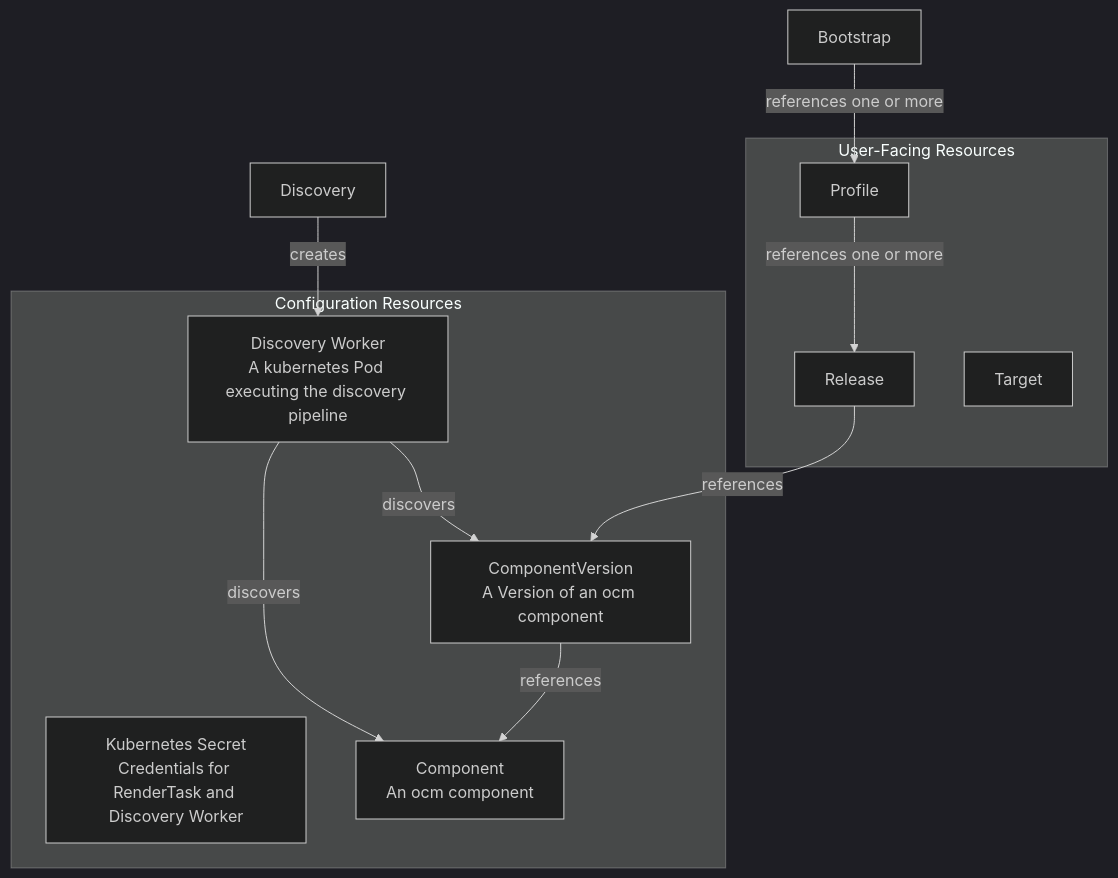
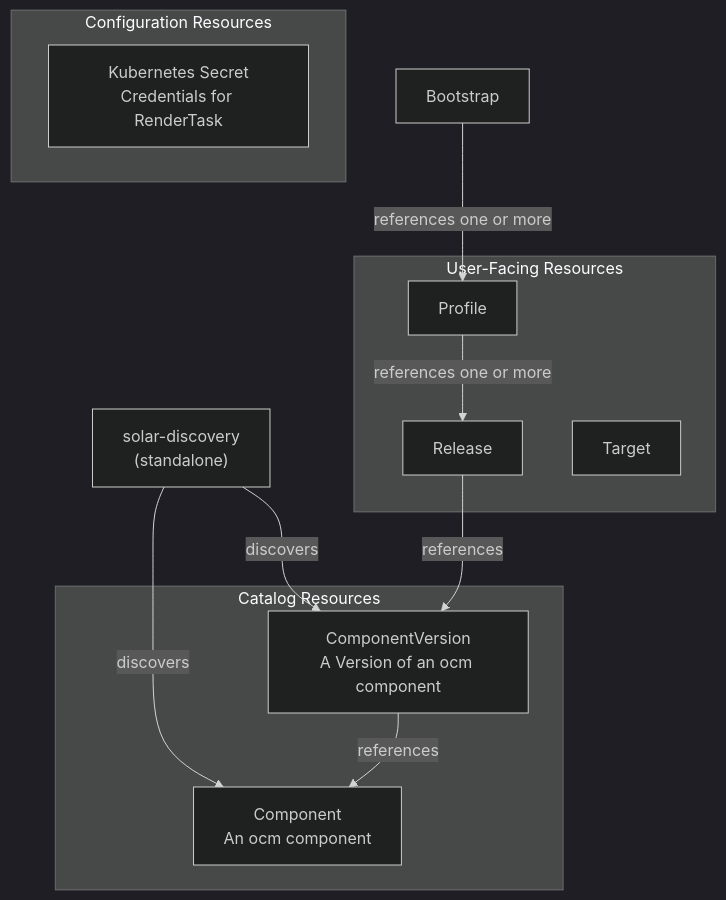
Before and after one commit to opendefensecloud/solution-arsenal: the second of 2 diagrams in docs/developer-guide/architecture.md, drawn with Mermaid (dark theme). The commit also changed other lines of this file and 68 other files, not shown here.

Commit message:
feat: refactor solar-discovery into standalone service

````diff
--- a/docs/developer-guide/architecture.md
+++ b/docs/developer-guide/architecture.md
@@ -58,28 +61,28 @@
 ```mermaid
 graph TB
     subgraph "User-Facing Resources"
         Release["Release"]
         Profile["Profile"]
         Target["Target"]
     end
 
-    subgraph "Configuration Resources"
-        Secret["Kubernetes Secret<br/>Credentials for RenderTask and Discovery Worker"]
+    subgraph "Catalog Resources"
         Component["Component<br/>An ocm component"]
         ComponentVersion["ComponentVersion<br/>A Version of an ocm component"]
-        DiscoveryWorker["Discovery Worker<br/>A kubernetes Pod executing the discovery pipeline"]
     end
 
-    Discovery --> |"creates"| DiscoveryWorker
+    subgraph "Configuration Resources"
+        Secret["Kubernetes Secret<br/>Credentials for RenderTask"]
+    end
 
-    DiscoveryWorker --> |"discovers"| ComponentVersion
-    DiscoveryWorker --> |"discovers"| Component
+    SolArDiscovery["solar-discovery<br/>(standalone)"] --> |"discovers"| ComponentVersion
+    SolArDiscovery --> |"discovers"| Component
 
     ComponentVersion --> |"references"| Component
 
     Release -->|"references"| ComponentVersion
 
     Profile -->|"references one or more"| Release
 
     Bootstrap -->|"references one or more"| Profile
 ```
````
